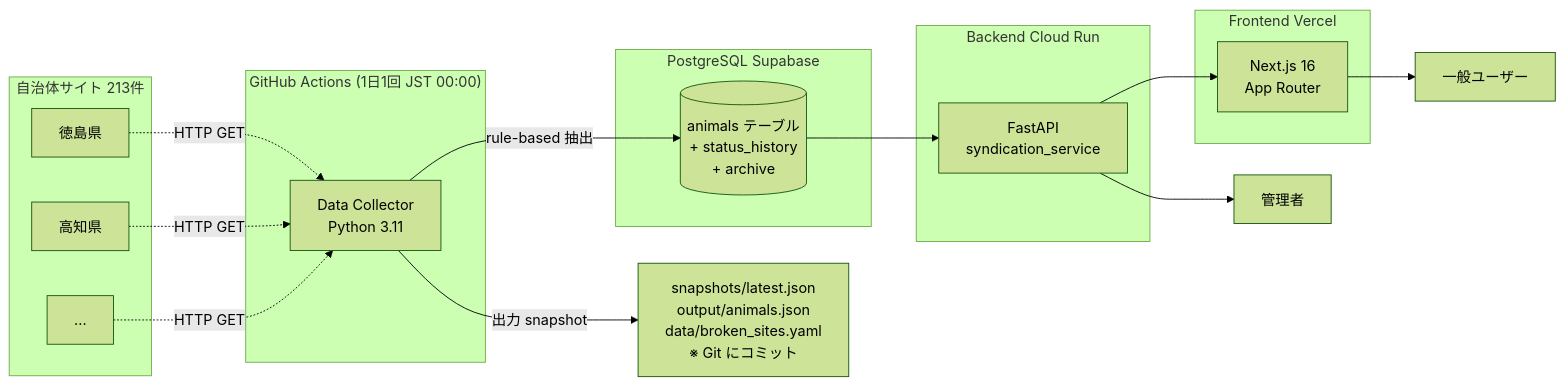
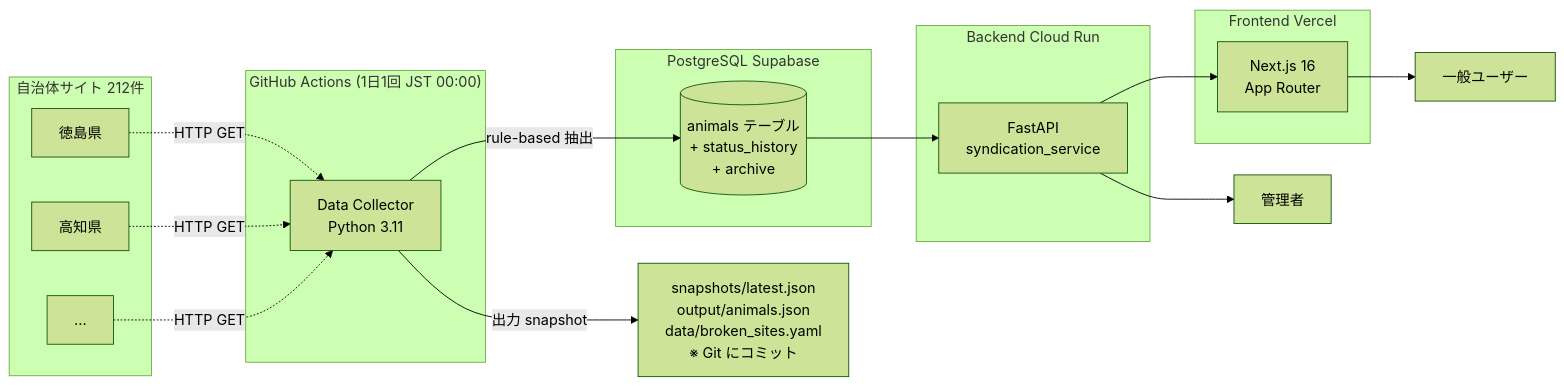
The diagram in ARCHITECTURE.md (9mak/oneco), drawn with Mermaid (forest theme) before and after one commit. The commit also changed other lines of this file and 21 other files, not shown here.

````diff
--- a/ARCHITECTURE.md
+++ b/ARCHITECTURE.md
@@ -7,36 +7,36 @@
 ```mermaid
 flowchart LR
-    subgraph "自治体サイト 213件"
+    subgraph "自治体サイト 212件"
         S1[徳島県]
         S2[高知県]
         S3[...]
     end
 
     subgraph "GitHub Actions (1日1回 JST 00:00)"
         DC[Data Collector<br/>Python 3.11]
     end
 
     subgraph "PostgreSQL Supabase"
         DB[(animals テーブル<br/>+ status_history<br/>+ archive)]
     end
 
     subgraph "Backend Cloud Run"
         API[FastAPI<br/>syndication_service]
     end
 
     subgraph "Frontend Vercel"
         WEB[Next.js 16<br/>App Router]
     end
 
     USERS[一般ユーザー]
     ADMIN[管理者]
 
     S1 & S2 & S3 -.HTTP GET.-> DC
     DC --rule-based 抽出--> DB
     DC --出力 snapshot--> SNAP[snapshots/latest.json<br/>output/animals.json<br/>data/broken_sites.yaml<br/>※ Git にコミット]
 
     DB --> API
     API --> WEB
     WEB --> USERS
     API --> ADMIN
 ```
````
